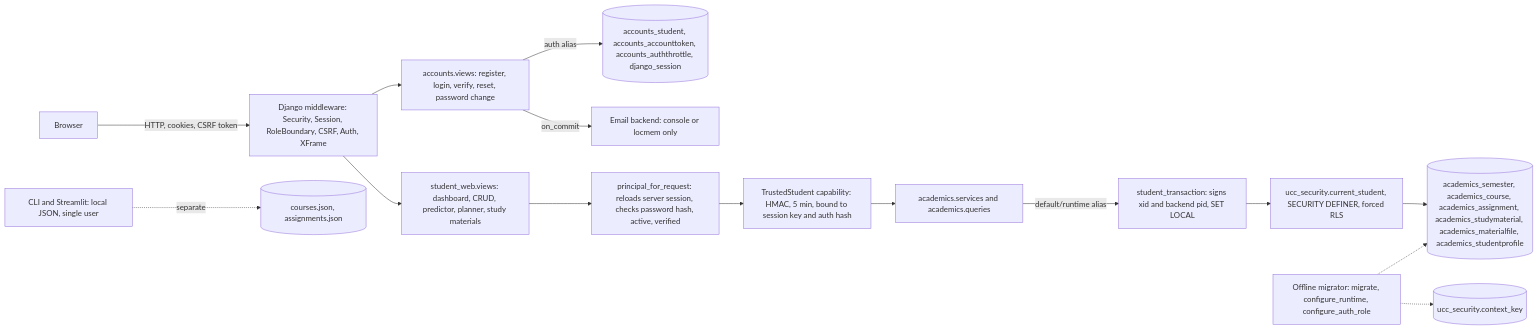
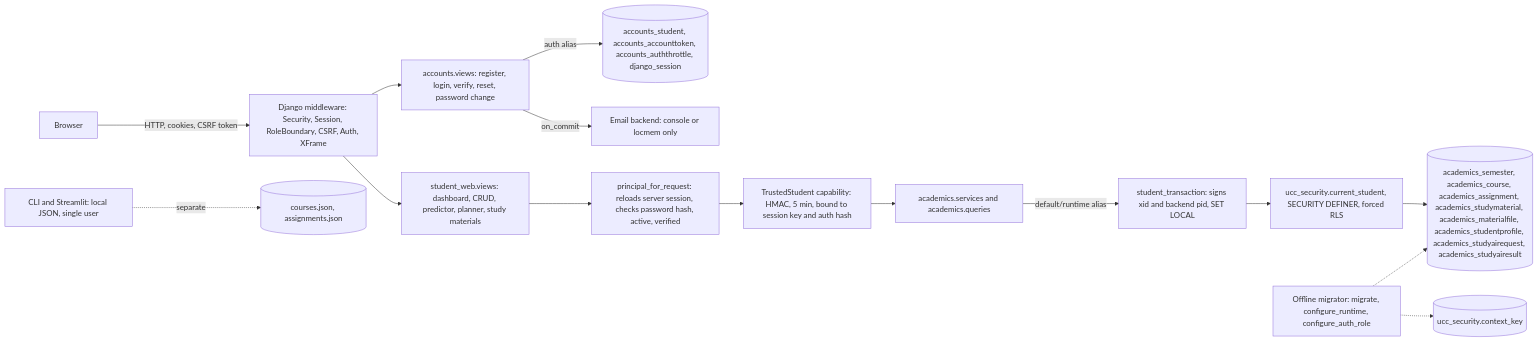
The diagram in docs/security/THREAT_MODEL.md (jordandavid1812-creator/university-command-center), drawn with Mermaid before and after one commit. The commit also changed 8 other files, not shown here.

````diff
--- a/docs/security/THREAT_MODEL.md
+++ b/docs/security/THREAT_MODEL.md
@@ -17,17 +17,17 @@
 ```mermaid
 flowchart LR
     B[Browser] -->|HTTP, cookies, CSRF token| MW[Django middleware: Security, Session, RoleBoundary, CSRF, Auth, XFrame]
     MW --> AV[accounts.views: register, login, verify, reset, password change]
     MW --> SW[student_web.views: dashboard, CRUD, predictor, planner, study materials]
     AV -->|auth alias| AUTHDB[(accounts_student, accounts_accounttoken, accounts_auththrottle, django_session)]
     SW --> P[principal_for_request: reloads server session, checks password hash, active, verified]
     P --> CAP[TrustedStudent capability: HMAC, 5 min, bound to session key and auth hash]
     CAP --> SVC[academics.services and academics.queries]
     SVC -->|default/runtime alias| TX[student_transaction: signs xid and backend pid, SET LOCAL]
     TX --> RLS[ucc_security.current_student, SECURITY DEFINER, forced RLS]
-    RLS --> ACAD[(academics_semester, academics_course, academics_assignment, academics_studymaterial, academics_materialfile, academics_studentprofile)]
+    RLS --> ACAD[(academics_semester, academics_course, academics_assignment, academics_studymaterial, academics_materialfile, academics_studentprofile, academics_studyairequest, academics_studyairesult)]
     MIG[Offline migrator: migrate, configure_runtime, configure_auth_role] -.-> ACAD
     MIG -.-> KEY[(ucc_security.context_key)]
     AV -->|on_commit| MAIL[Email backend: console or locmem only]
     CLI[CLI and Streamlit: local JSON, single user] -.separate.-> JSON[(courses.json, assignments.json)]
 ```
````
